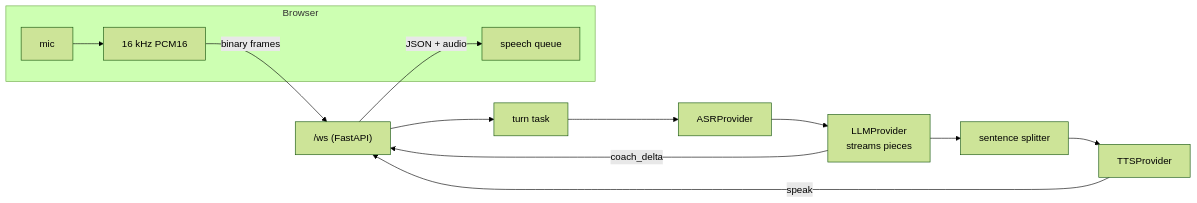
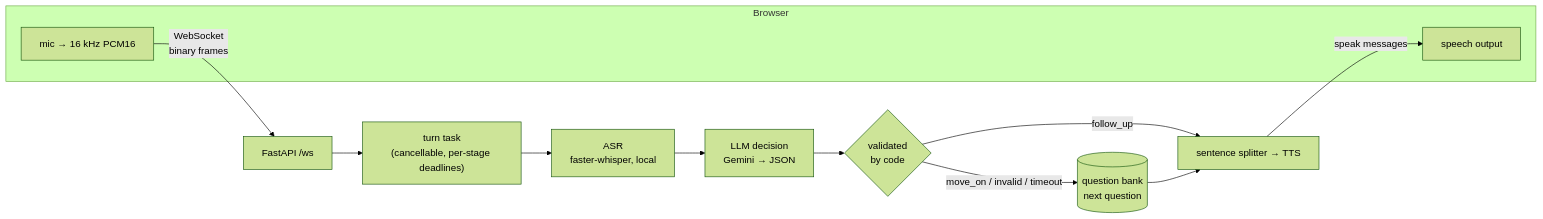
One commit to nik1taa28/voice-coach changed the diagram in README.md. Above: the diagram before and after it, drawn with Mermaid (forest theme). The commit also changed other lines of this file and 5 other files, not shown here.

````diff
--- a/README.md
+++ b/README.md
@@ -33,16 +30,16 @@
 ```mermaid
 flowchart LR
   subgraph Browser
-    Mic[mic] --> PCM[16 kHz PCM16]
-    Q[speech queue]
+    Mic[mic → 16 kHz PCM16]
+    Voice[speech output]
   end
-  PCM -- "binary frames" --> WS["/ws (FastAPI)"]
-  WS --> T[turn task]
-  T --> ASR[ASRProvider]
-  ASR --> LLM[LLMProvider<br/>streams pieces]
-  LLM --> SP[sentence splitter]
-  SP --> TTS[TTSProvider]
-  LLM -- coach_delta --> WS
-  TTS -- speak --> WS
-  WS -- "JSON + audio" --> Q
+  Mic -- "WebSocket<br/>binary frames" --> WS["FastAPI /ws"]
+  WS --> Turn["turn task<br/>(cancellable, per-stage deadlines)"]
+  Turn --> ASR["ASR<br/>faster-whisper, local"]
+  ASR --> Dec["LLM decision<br/>Gemini → JSON"]
+  Dec --> Val{"validated<br/>by code"}
+  Val -- follow_up --> Say[sentence splitter → TTS]
+  Val -- "move_on / invalid / timeout" --> Bank[("question bank<br/>next question")]
+  Bank --> Say
+  Say -- "speak messages" --> Voice
 ```
````
